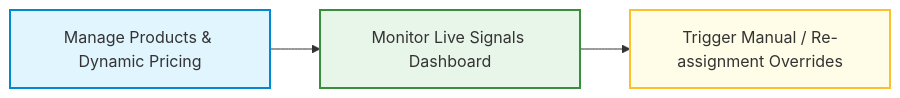
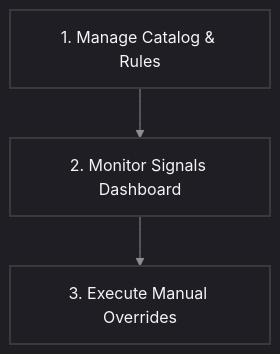
Before and after one commit to Deekshith06/Relay-Market-Network: the third of 3 diagrams in README.md, drawn with Mermaid. The commit also changed other lines of this file, not shown here.

Commit message:
docs: convert workflows to vertical layouts and apply custom dark theme styles

````diff
--- a/README.md
+++ b/README.md
@@ -126,9 +126,9 @@
 ```mermaid
-graph LR
-    N[Manage Products & Dynamic Pricing] --> O[Monitor Live Signals Dashboard]
-    O --> P[Trigger Manual / Re-assignment Overrides]
+%%{init: {'theme': 'dark', 'themeVariables': { 'background': '#0f0f11', 'primaryColor': '#1e1e24', 'primaryTextColor': '#f5f5f7', 'lineColor': '#8e8e93' }}}%%
+graph TD
+    N[1. Manage Catalog & Rules] --> O[2. Monitor Signals Dashboard]
+    O --> P[3. Execute Manual Overrides]
 
-    style N fill:#e1f5fe,stroke:#0288d1,stroke-width:2px;
-    style O fill:#e8f5e9,stroke:#388e3c,stroke-width:2px;
-    style P fill:#fffde7,stroke:#fbc02d,stroke-width:2px;
+    classDef darkNode fill:#1e1e24,stroke:#3a3a3c,stroke-width:2px,color:#f5f5f7;
+    class N,O,P darkNode;
 ```
````
